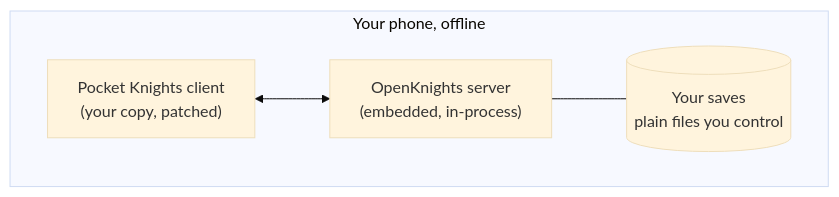
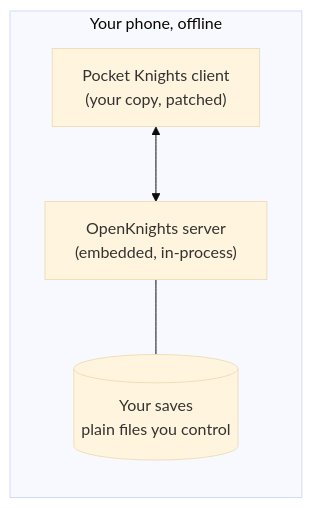
Before and after one commit to OKExodus/OpenKnights: the diagram in README.md, drawn with Mermaid (base theme). The commit also changed 20 other files, not shown here.

First line of the commit message:
Fix opcode tables, wiki-link order, and the README chart (#16)

````diff
--- a/README.md
+++ b/README.md
@@ -53,11 +53,10 @@
 ```mermaid
 flowchart LR
-    subgraph Phone["Your phone, offline"]
-      direction LR
-      Client["Pocket Knights client<br/>(your copy, patched)"]
-      Server["OpenKnights server<br/>(embedded, in-process)"]
-      Data[("Your saves<br/>plain files you control")]
+    subgraph "Your phone, offline"
+      Client["Pocket Knights client<br>(your copy, patched)"]
+      Server["OpenKnights server<br>(embedded, in-process)"]
+      Data[("Your saves<br>plain files you control")]
       Client <--> Server
       Server --- Data
     end
 ```
````
